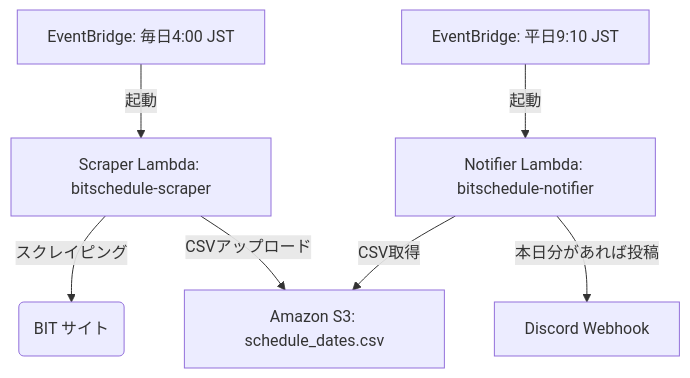
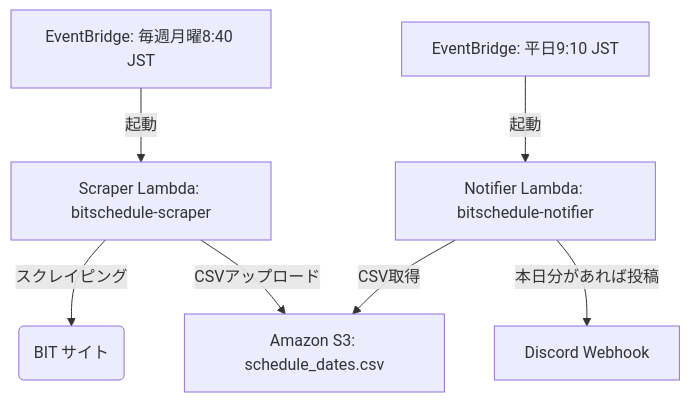
One commit to taniguchitomoya/bit-schedule-notifier changed the diagram in README.md. Above: the diagram before and after it, drawn with Mermaid. The commit also changed other lines of this file and 1 other file, not shown here.

````diff
--- a/README.md
+++ b/README.md
@@ -13,10 +13,10 @@
 ```mermaid
 graph TD
-    A[EventBridge: 毎日4:00 JST] -->|起動| B[Scraper Lambda: bitschedule-scraper]
+    A[EventBridge: 毎週月曜8:40 JST] -->|起動| B[Scraper Lambda: bitschedule-scraper]
     B -->|スクレイピング| C(BIT サイト)
     B -->|CSVアップロード| D[Amazon S3: schedule_dates.csv]
     
     E[EventBridge: 平日9:10 JST] -->|起動| F[Notifier Lambda: bitschedule-notifier]
     F -->|CSV取得| D
     F -->|本日分があれば投稿| G[Discord Webhook]
 ```
````
